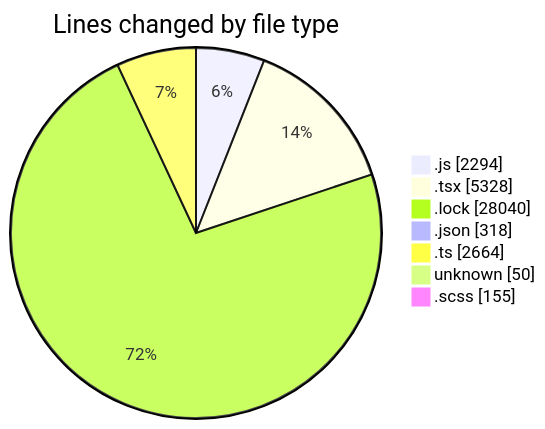
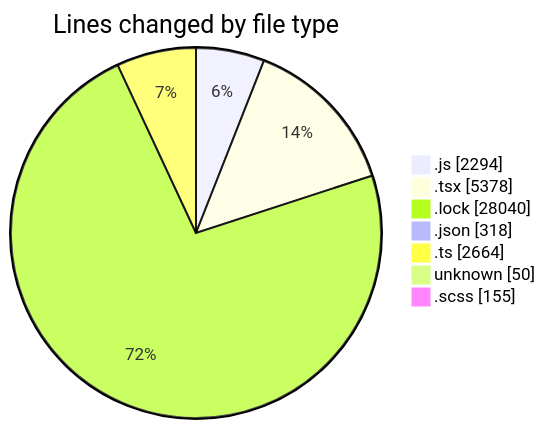
Before and after one commit to momahboobian/code-tracking: the first of 2 diagrams in 2026-06-16/cda/README.md, drawn with Mermaid. The commit also changed other lines of this file and 1 other file, not shown here.

````diff
--- a/2026-06-16/cda/README.md
+++ b/2026-06-16/cda/README.md
@@ -70,11 +70,11 @@
 ```mermaid
 pie showData
 title Lines changed by file type
 ".js" : 2294
-".tsx" : 5328
+".tsx" : 5378
 ".lock" : 28040
 ".json" : 318
 ".ts" : 2664
 "unknown" : 50
 ".scss" : 155
 ```
````
